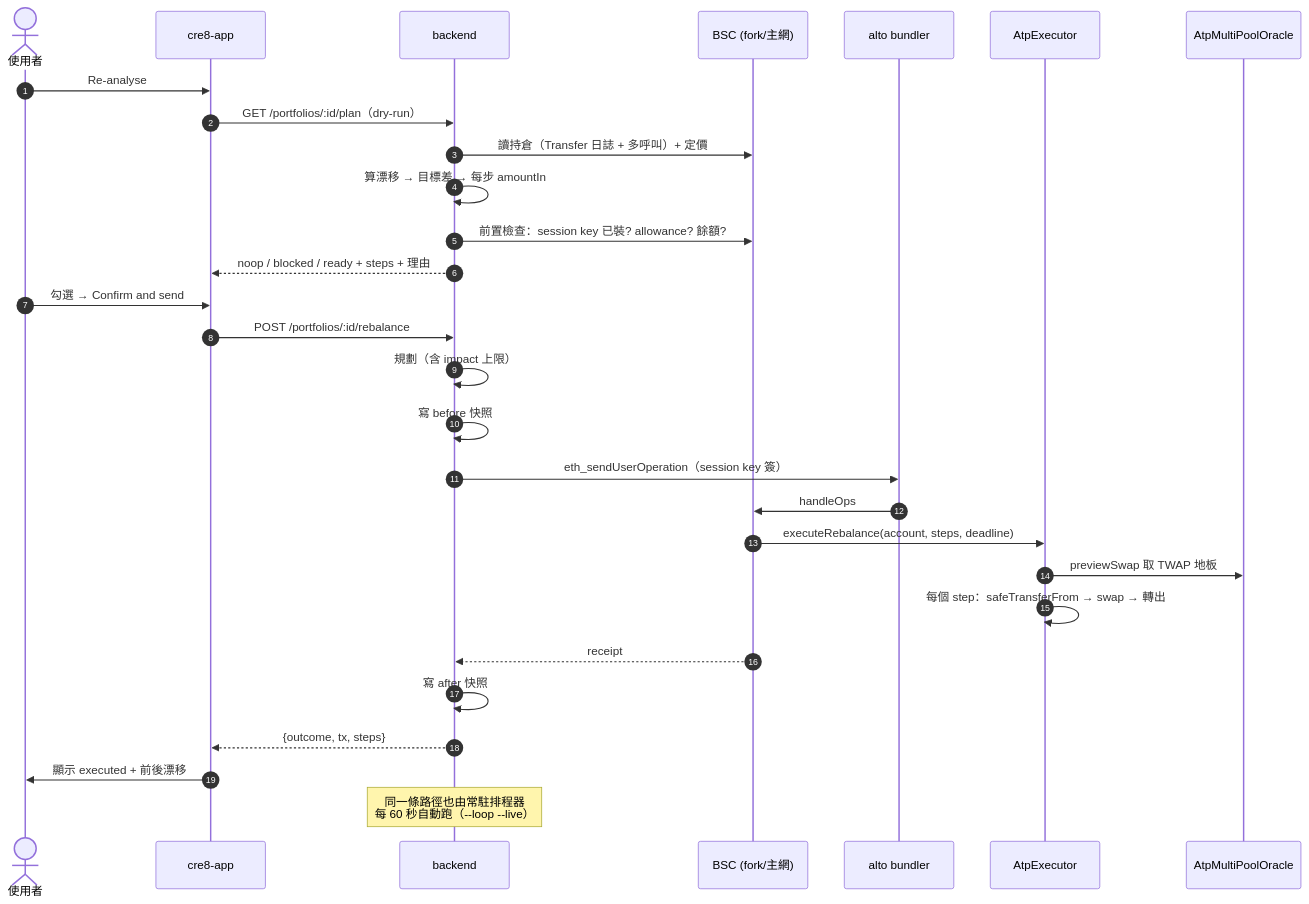
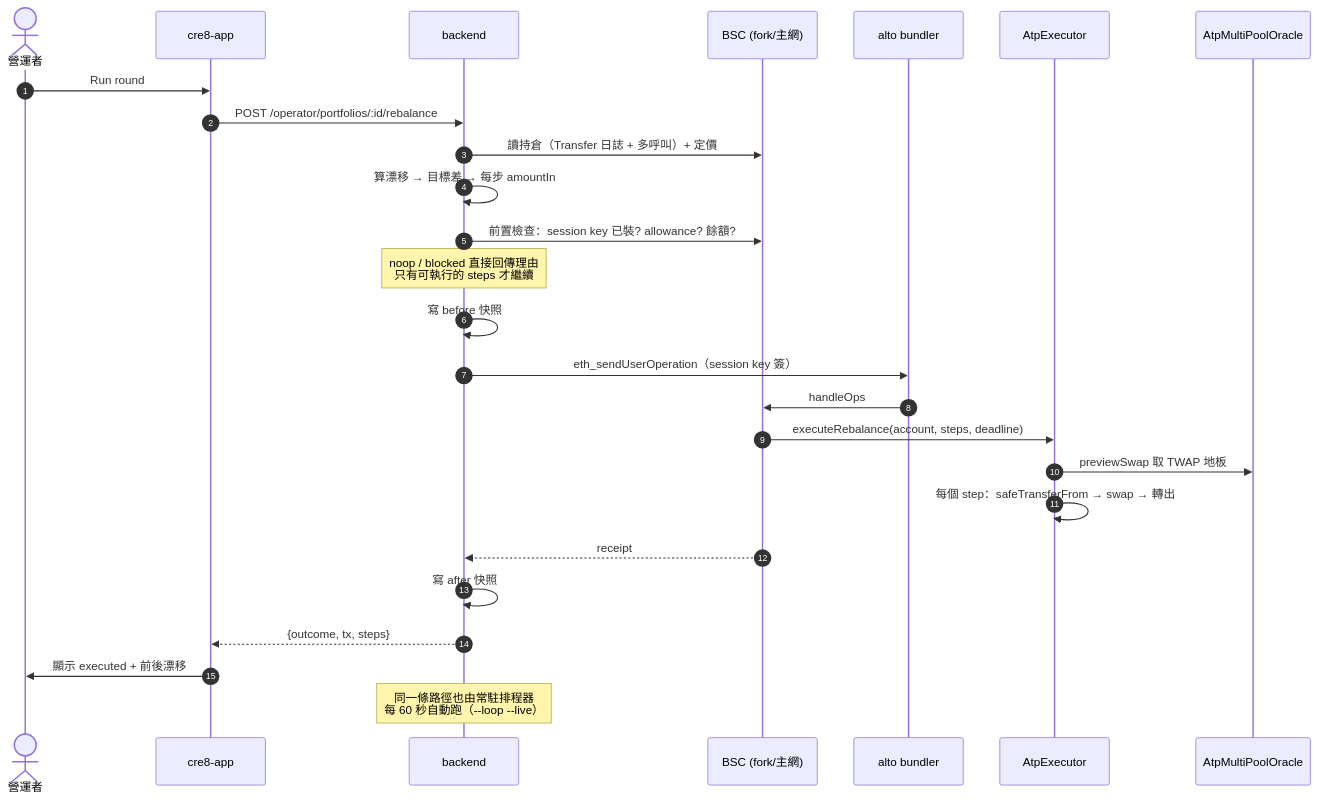
Before and after one commit to CRE88888888/cre8-app-public: the fourth of 5 diagrams in docs/user-flow.md, drawn with Mermaid. The commit also changed other lines of this file and 638 other files, not shown here.

````diff
--- a/docs/user-flow.md
+++ b/docs/user-flow.md
@@ -148,34 +152,30 @@
 ```mermaid
 sequenceDiagram
     autonumber
-    actor U as 使用者
+    actor U as 營運者
     participant App as cre8-app
     participant BE as backend
     participant Chain as BSC (fork/主網)
     participant Bund as alto bundler
     participant Ex as AtpExecutor
     participant Orac as AtpMultiPoolOracle
 
-    U->>App: Re-analyse
-    App->>BE: GET /portfolios/:id/plan（dry-run）
+    U->>App: Run round
+    App->>BE: POST /operator/portfolios/:id/rebalance
     BE->>Chain: 讀持倉（Transfer 日誌 + 多呼叫）+ 定價
     BE->>BE: 算漂移 → 目標差 → 每步 amountIn
     BE->>Chain: 前置檢查：session key 已裝? allowance? 餘額?
-    BE-->>App: noop / blocked / ready + steps + 理由
-
-    U->>App: 勾選 → Confirm and send
-    App->>BE: POST /portfolios/:id/rebalance
-    BE->>BE: 規劃（含 impact 上限）
+    Note over BE: noop / blocked 直接回傳理由<br/>只有可執行的 steps 才繼續
     BE->>BE: 寫 before 快照
     BE->>Bund: eth_sendUserOperation（session key 簽）
     Bund->>Chain: handleOps
     Chain->>Ex: executeRebalance(account, steps, deadline)
     Ex->>Orac: previewSwap 取 TWAP 地板
     Ex->>Ex: 每個 step：safeTransferFrom → swap → 轉出
     Chain-->>BE: receipt
     BE->>BE: 寫 after 快照
     BE-->>App: {outcome, tx, steps}
     App->>U: 顯示 executed + 前後漂移
 
     Note over BE: 同一條路徑也由常駐排程器<br/>每 60 秒自動跑（--loop --live）
 ```
````
